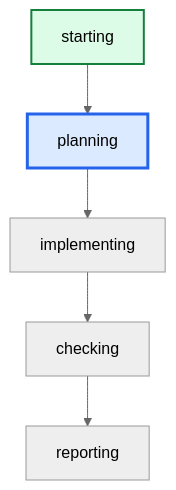
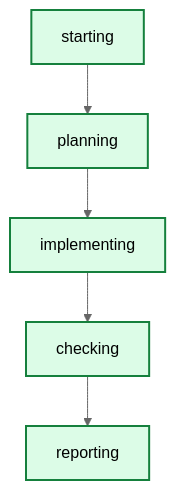
Before and after one commit to daniell0gda/hermes-feature-check-dashboard: the diagram in runs/run-3/graph.mmd, drawn with Mermaid (neutral theme). The commit also changed 23 other files, not shown here.

```diff
--- a/runs/run-3/graph.mmd
+++ b/runs/run-3/graph.mmd
@@ -1,11 +1,14 @@
 graph TD
     starting --> planning
     planning --> implementing
     implementing --> checking
     checking --> reporting
 
 classDef done fill:#dcfce7,stroke:#15803d,stroke-width:2px;
 classDef active fill:#dbeafe,stroke:#2563eb,stroke-width:3px;
 classDef failed fill:#fee2e2,stroke:#b42318,stroke-width:2px;
-class planning active;
+class planning done;
 class starting done;
+class reporting done;
+class implementing done;
+class checking done;
```
